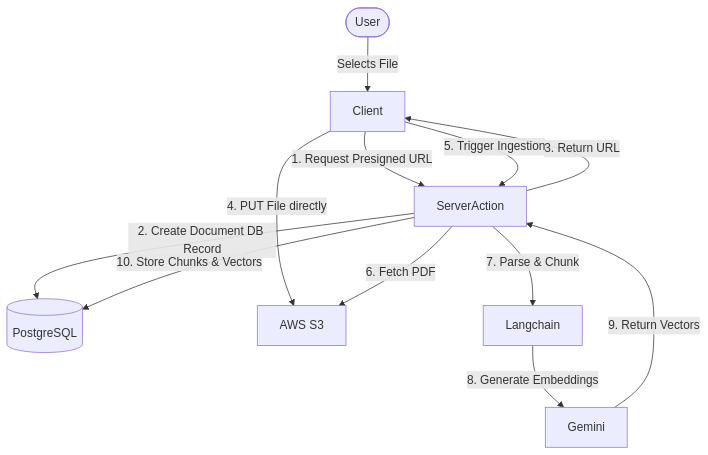
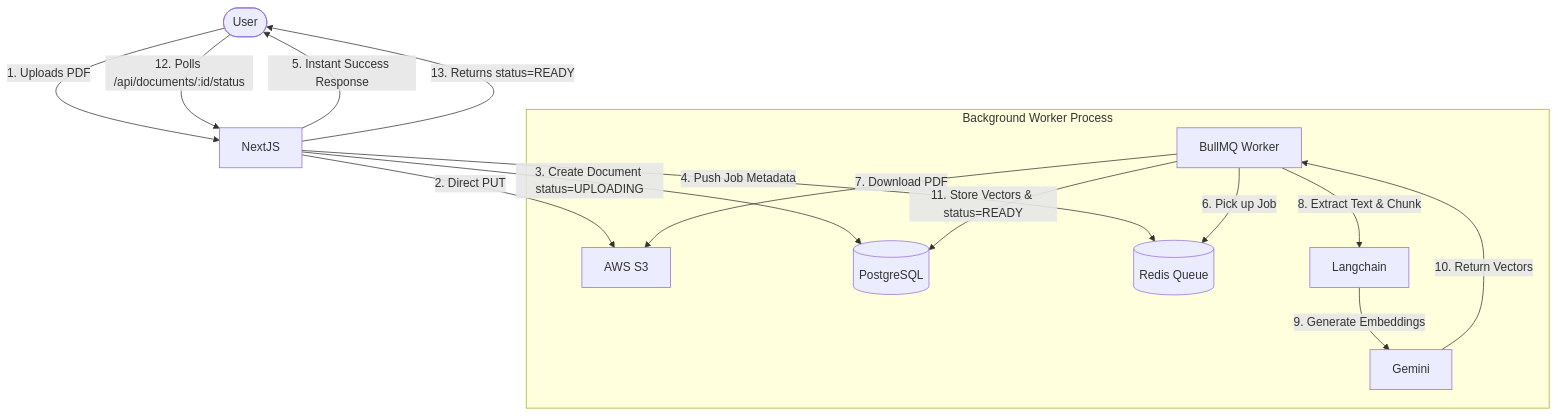
One commit to Shubhamkr585/NoteSage changed the fourth of 4 diagrams in README.md. Above: the diagram before and after it, drawn with Mermaid. The commit also changed other lines of this file and 13 other files, not shown here.

Commit message:
feat: Implement Redis + BullMQ asynchronous job queue architecture

````diff
--- a/README.md
+++ b/README.md
@@ -128,14 +130,20 @@
 ```mermaid
 flowchart TD
-    User([User]) -->|Selects File| Client
-    Client -->|1. Request Presigned URL| ServerAction
-    ServerAction -->|2. Create Document DB Record| DB[(PostgreSQL)]
-    ServerAction -->|3. Return URL| Client
-    Client -->|4. PUT File directly| S3[AWS S3]
-    Client -->|5. Trigger Ingestion| ServerAction
-    ServerAction -->|6. Fetch PDF| S3
-    ServerAction -->|7. Parse & Chunk| Langchain
-    Langchain -->|8. Generate Embeddings| Gemini
-    Gemini -->|9. Return Vectors| ServerAction
-    ServerAction -->|10. Store Chunks & Vectors| DB
+    User([User]) -->|1. Uploads PDF| NextJS
+    NextJS -->|2. Direct PUT| S3[AWS S3]
+    NextJS -->|3. Create Document status=UPLOADING| DB[(PostgreSQL)]
+    NextJS -->|4. Push Job Metadata| Redis[(Redis Queue)]
+    NextJS -->|5. Instant Success Response| User
+    
+    subgraph Background Worker Process
+    Worker[BullMQ Worker] -->|6. Pick up Job| Redis
+    Worker -->|7. Download PDF| S3
+    Worker -->|8. Extract Text & Chunk| Langchain
+    Langchain -->|9. Generate Embeddings| Gemini
+    Gemini -->|10. Return Vectors| Worker
+    Worker -->|11. Store Vectors & status=READY| DB
+    end
+    
+    User -->|12. Polls /api/documents/:id/status| NextJS
+    NextJS -->|13. Returns status=READY| User
 ```
````
